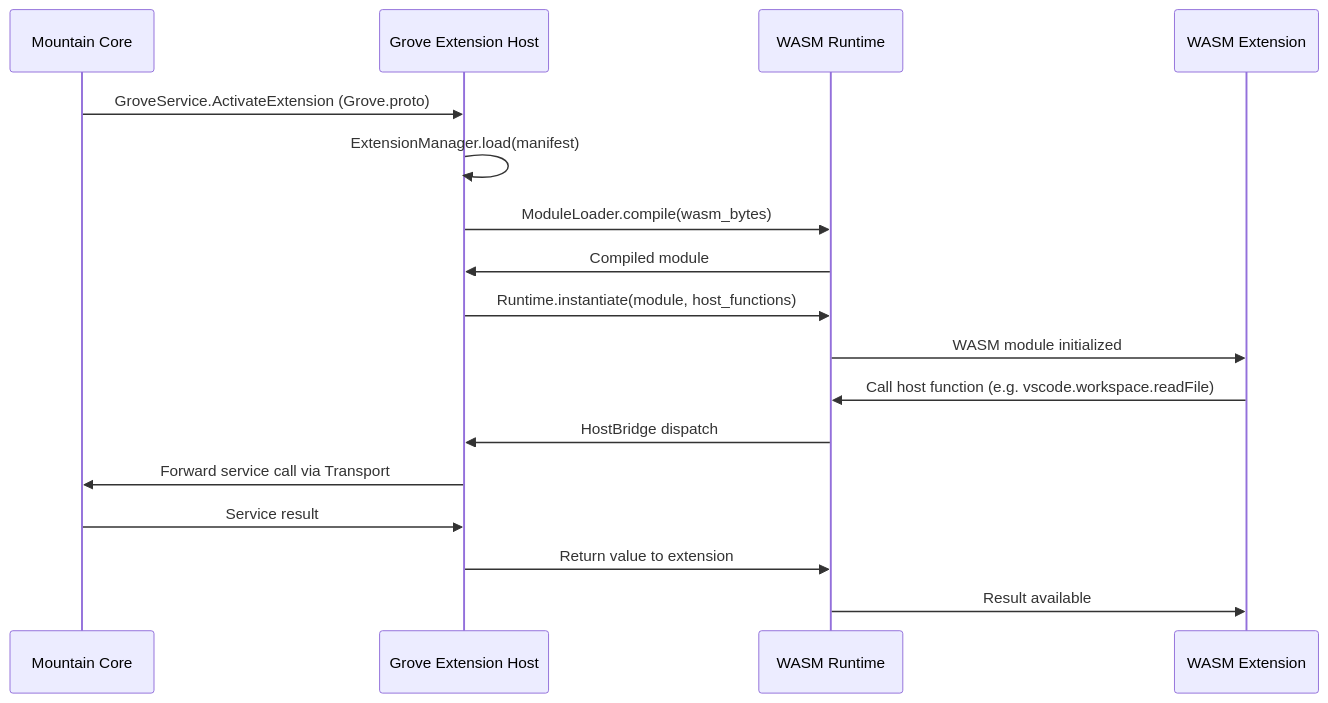
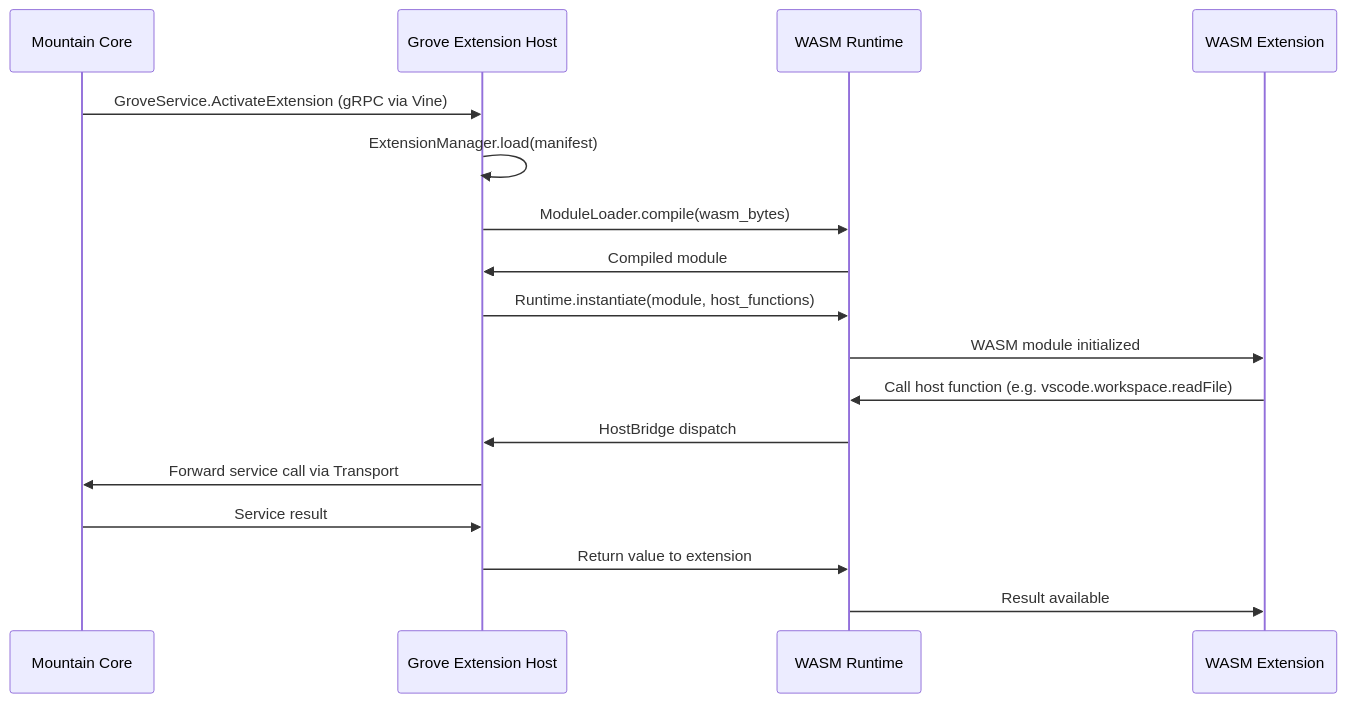
Before and after one commit to CodeEditorLand/Grove: the second of 2 diagrams in Documentation/GitHub/DeepDive.md, drawn with Mermaid. The commit also changed other lines of this file and 2 other files, not shown here.

First line of the commit message:
docs(Grove): Remove deprecated API and proto references from architecture docs

````diff
--- a/Documentation/GitHub/DeepDive.md
+++ b/Documentation/GitHub/DeepDive.md
@@ -100,20 +93,20 @@
 ```mermaid
 sequenceDiagram
     participant Mountain as Mountain Core
     participant Grove as Grove Extension Host
     participant WASM as WASM Runtime
     participant Extension as WASM Extension
 
-    Mountain->>Grove: GroveService.ActivateExtension (Grove.proto)
+    Mountain->>Grove: GroveService.ActivateExtension (gRPC via Vine)
     Grove->>Grove: ExtensionManager.load(manifest)
     Grove->>WASM: ModuleLoader.compile(wasm_bytes)
     WASM->>Grove: Compiled module
     Grove->>WASM: Runtime.instantiate(module, host_functions)
     WASM->>Extension: WASM module initialized
     Extension->>WASM: Call host function (e.g. vscode.workspace.readFile)
     WASM->>Grove: HostBridge dispatch
     Grove->>Mountain: Forward service call via Transport
     Mountain->>Grove: Service result
     Grove->>WASM: Return value to extension
     WASM->>Extension: Result available
 ```
````
